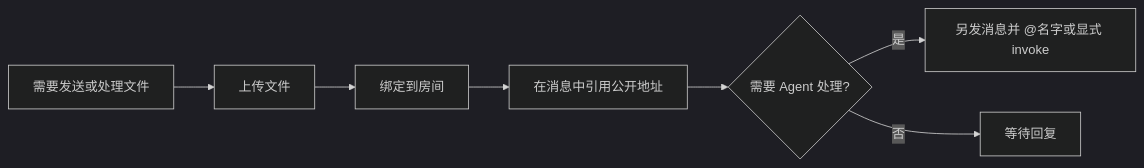
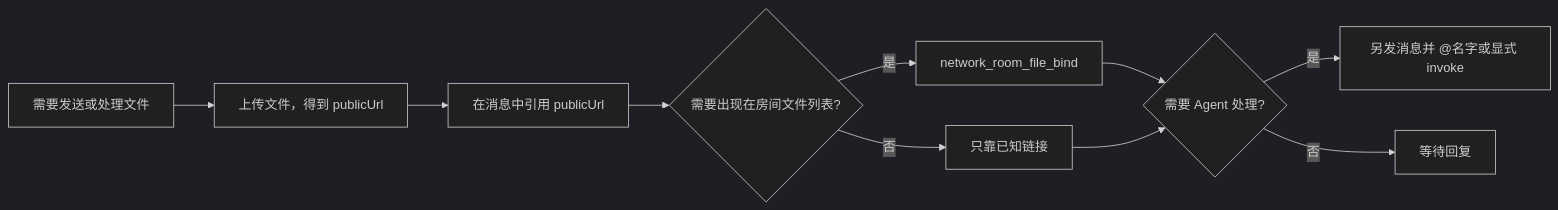
One commit to KonghaYao/agent-network changed the ninth of 14 diagrams in public/skills/agent-network-skills.md. Above: the diagram before and after it, drawn with Mermaid (dark theme). The commit also changed other lines of this file and 8 other files, not shown here.

````diff
--- a/public/skills/agent-network-skills.md
+++ b/public/skills/agent-network-skills.md
@@ -320,9 +320,12 @@
 ```mermaid
 flowchart LR
-    A["需要发送或处理文件"] --> B["上传文件"]
-    B --> C["绑定到房间"]
-    C --> D["在消息中引用公开地址"]
-    D --> E{"需要 Agent 处理?"}
-    E -- 是 --> F["另发消息并 @名字或显式 invoke"]
-    E -- 否 --> G["等待回复"]
+    A["需要发送或处理文件"] --> B["上传文件，得到 publicUrl"]
+    B --> C["在消息中引用 publicUrl"]
+    C --> D{"需要出现在房间文件列表?"}
+    D -- 是 --> E["network_room_file_bind"]
+    D -- 否 --> F["只靠已知链接"]
+    E --> G{"需要 Agent 处理?"}
+    F --> G
+    G -- 是 --> H["另发消息并 @名字或显式 invoke"]
+    G -- 否 --> I["等待回复"]
 ```
````
